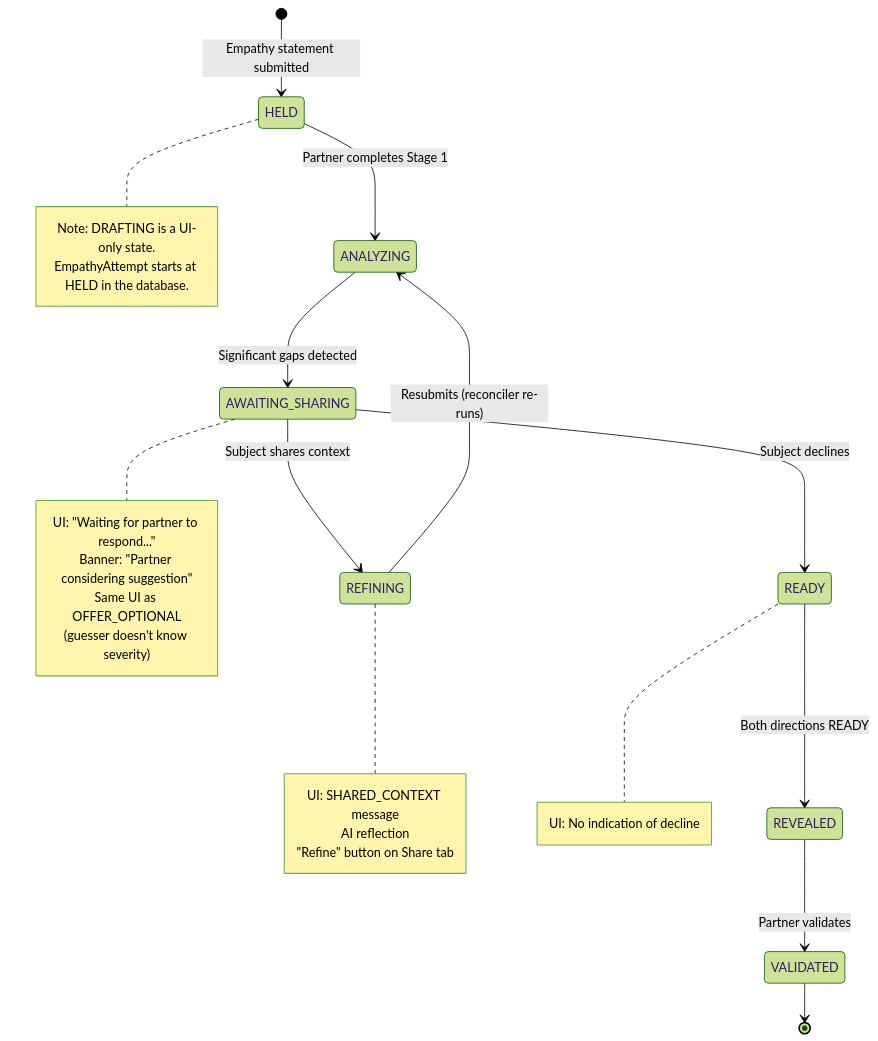
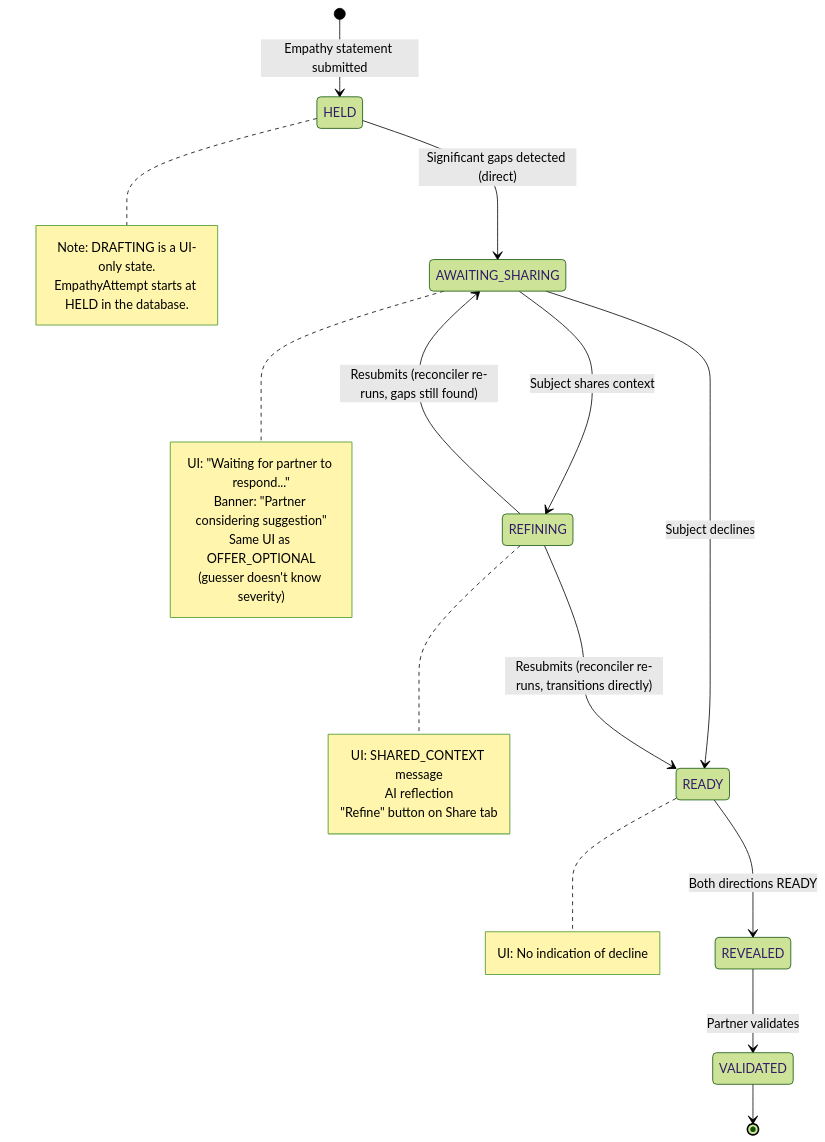
Before and after one commit to shantamg/meet-without-fear: the fifth of 14 diagrams in docs/diagrams/reconciler-paths.md, drawn with Mermaid (forest theme). The commit also changed other lines of this file and 12 other files, not shown here.

````diff
--- a/docs/diagrams/reconciler-paths.md
+++ b/docs/diagrams/reconciler-paths.md
@@ -229,35 +226,34 @@
 ```mermaid
 stateDiagram-v2
     [*] --> HELD: Empathy statement submitted
     note right of HELD
         Note: DRAFTING is a UI-only state.
         EmpathyAttempt starts at HELD in the database.
     end note
 
-    HELD --> ANALYZING: Partner completes Stage 1
-
-    ANALYZING --> AWAITING_SHARING: Significant gaps detected
+    HELD --> AWAITING_SHARING: Significant gaps detected (direct)
     note right of AWAITING_SHARING
         UI: "Waiting for partner to respond..."
         Banner: "Partner considering suggestion"
         Same UI as OFFER_OPTIONAL<br/>(guesser doesn't know severity)
     end note
 
     AWAITING_SHARING --> REFINING: Subject shares context
     note right of REFINING
         UI: SHARED_CONTEXT message<br/>AI reflection<br/>"Refine" button on Share tab
     end note
 
     AWAITING_SHARING --> READY: Subject declines
     note right of READY
         UI: No indication of decline
     end note
 
-    REFINING --> ANALYZING: Resubmits (reconciler re-runs)
+    REFINING --> READY: Resubmits (reconciler re-runs, transitions directly)
+    REFINING --> AWAITING_SHARING: Resubmits (reconciler re-runs, gaps still found)
 
     READY --> REVEALED: Both directions READY
 
     REVEALED --> VALIDATED: Partner validates
 
     VALIDATED --> [*]
 ```
````
